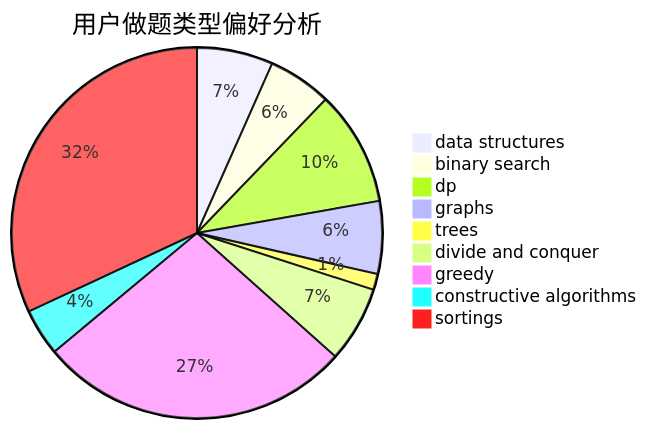
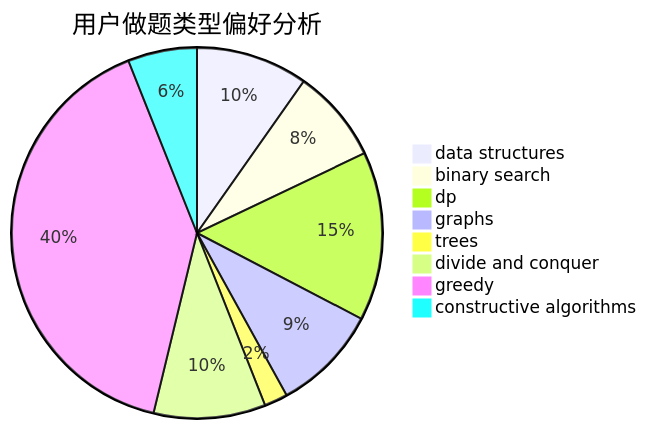
The second of 3 diagrams in docs/user/u730.md (sherpahu/cfrs.github.io), drawn with Mermaid before and after one commit. The commit also changed other lines of this file and 2769 other files, not shown here.

````diff
--- a/docs/user/u730.md
+++ b/docs/user/u730.md
@@ -18,12 +18,11 @@
 ```mermaid
 pie title 用户做题类型偏好分析
     "data structures" :  110
     "binary search" :  92
     "dp" :  166
     "graphs" :  105
     "trees" :  23
     "divide and conquer" :  110
     "greedy" :  453
     "constructive algorithms" :  68
-    "sortings" :  529
 ```
````
